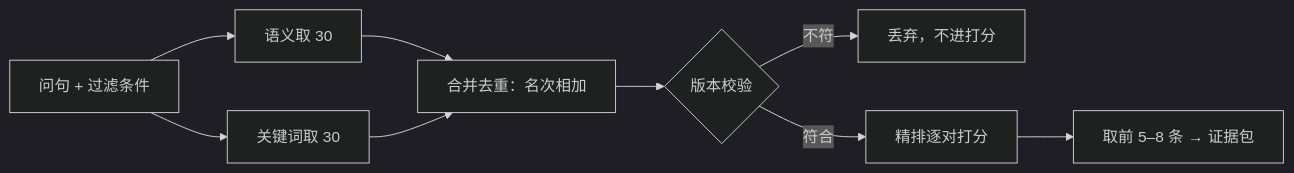
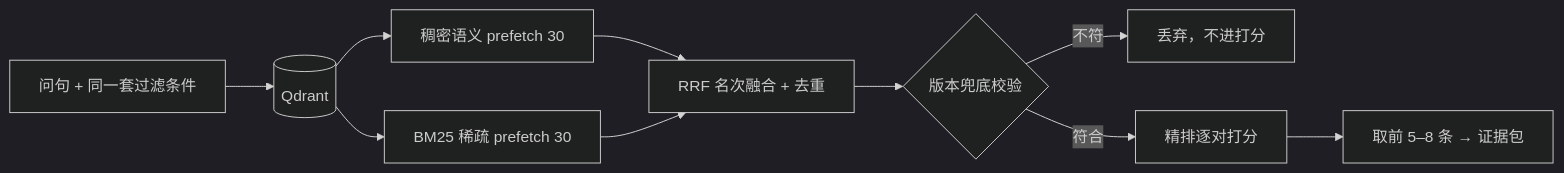
The tenth of 15 diagrams in 详细设计.md (kvchen95/ai-rag), drawn with Mermaid (dark theme) before and after one commit. The commit also changed other lines of this file, not shown here.

````diff
--- a/详细设计.md
+++ b/详细设计.md
@@ -503,11 +508,12 @@
 ```mermaid
 flowchart LR
-    Q["问句 + 过滤条件"] --> D["语义取 30"]
-    Q --> K["关键词取 30"]
-    D --> M["合并去重：名次相加"]
+    Q["问句 + 同一套过滤条件"] --> QD[("Qdrant")]
+    QD --> D["稠密语义 prefetch 30"]
+    QD --> K["BM25 稀疏 prefetch 30"]
+    D --> M["RRF 名次融合 + 去重"]
     K --> M
-    M --> V{"版本校验"}
+    M --> V{"版本兜底校验"}
     V -- "不符" --> X["丢弃，不进打分"]
     V -- "符合" --> R["精排逐对打分"]
     R --> P["取前 5–8 条 → 证据包"]
 ```
````
